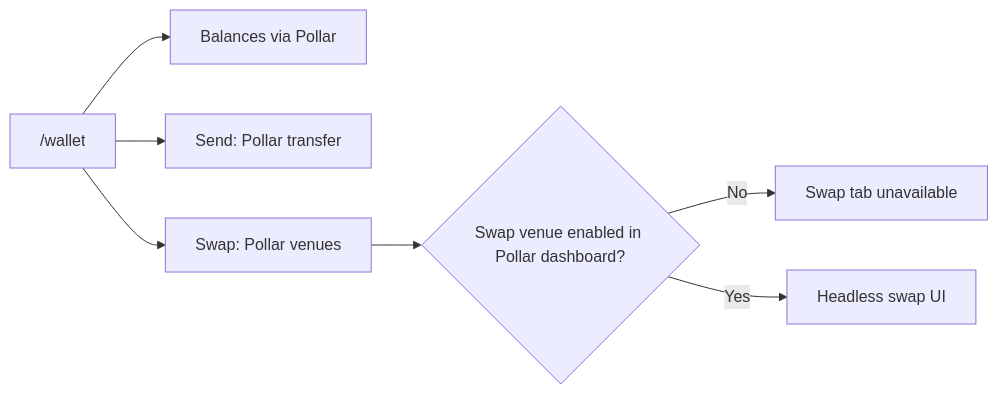
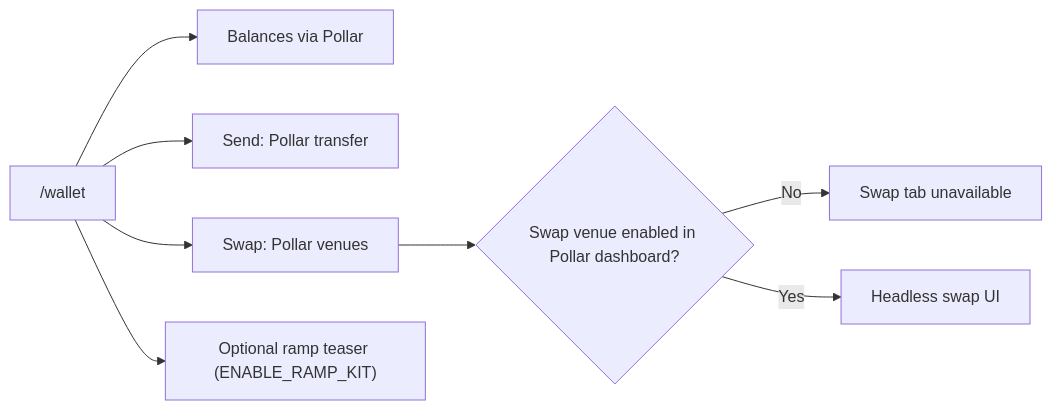
One commit to Bran18/upeer changed the sixth of 7 diagrams in docs/user-flows.md. Above: the diagram before and after it, drawn with Mermaid. The commit also changed other lines of this file and 36 other files, not shown here.

````diff
--- a/docs/user-flows.md
+++ b/docs/user-flows.md
@@ -93,9 +93,10 @@
 ```mermaid
 flowchart LR
   W["/wallet"] --> B["Balances via Pollar"]
   W --> S["Send: Pollar transfer"]
   W --> X["Swap: Pollar venues"]
+  W --> R["Optional ramp teaser (ENABLE_RAMP_KIT)"]
   X --> V{"Swap venue enabled in Pollar dashboard?"}
   V -->|No| U["Swap tab unavailable"]
   V -->|Yes| OK["Headless swap UI"]
 ```
````
